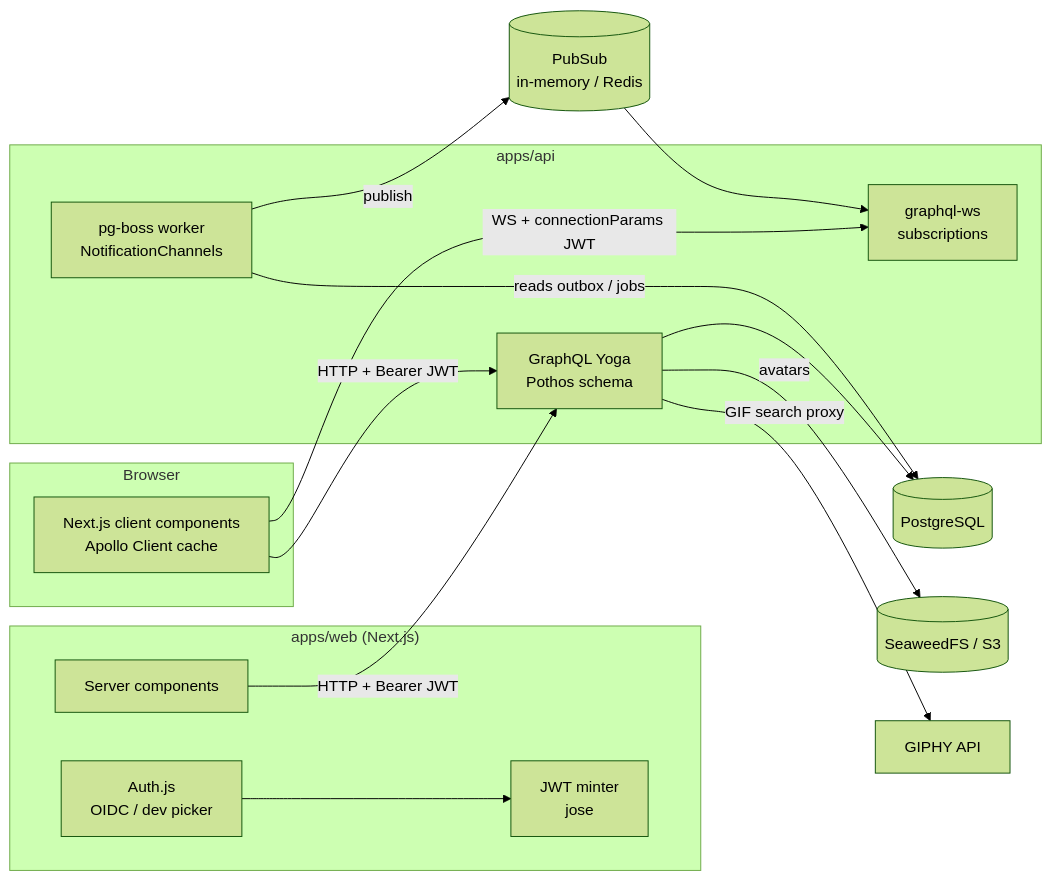
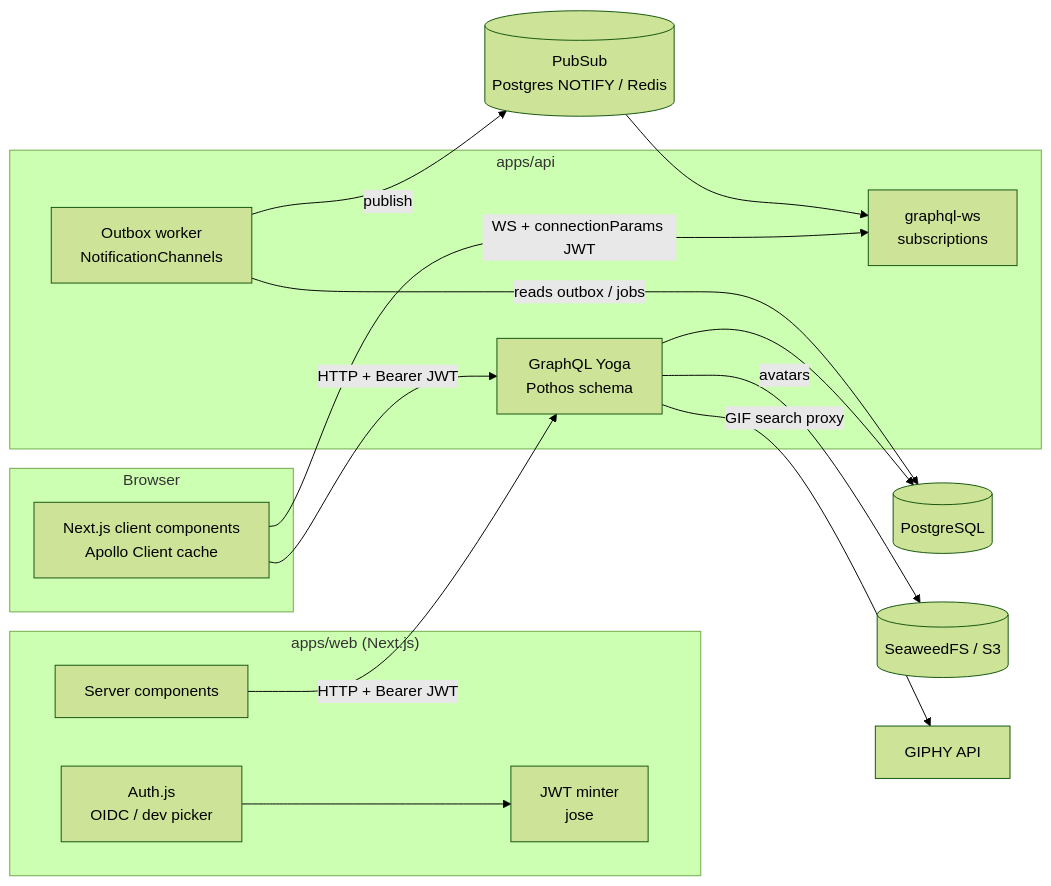
Before and after one commit to theebenji/kudos: the first of 3 diagrams in docs/architecture.md, drawn with Mermaid (forest theme). The commit also changed other lines of this file and 70 other files, not shown here.

````diff
--- a/docs/architecture.md
+++ b/docs/architecture.md
@@ -16,34 +16,34 @@
 ```mermaid
 flowchart LR
   subgraph Browser
     UI[Next.js client components<br/>Apollo Client cache]
   end
 
   subgraph web["apps/web (Next.js)"]
     RSC[Server components]
     AUTH[Auth.js<br/>OIDC / dev picker]
     MINT[JWT minter<br/>jose]
   end
 
   subgraph api["apps/api"]
     YOGA[GraphQL Yoga<br/>Pothos schema]
     WS[graphql-ws<br/>subscriptions]
-    WORKER[pg-boss worker<br/>NotificationChannels]
+    WORKER[Outbox worker<br/>NotificationChannels]
   end
 
   PG[(PostgreSQL)]
-  PUB[(PubSub<br/>in-memory / Redis)]
+  PUB[(PubSub<br/>Postgres NOTIFY / Redis)]
   S3[(SeaweedFS / S3)]
   GIPHY[GIPHY API]
 
   UI -- HTTP + Bearer JWT --> YOGA
   UI -- WS + connectionParams JWT --> WS
   RSC -- HTTP + Bearer JWT --> YOGA
   AUTH --> MINT
   YOGA --> PG
   YOGA -- GIF search proxy --> GIPHY
   YOGA -- avatars --> S3
   WORKER -- reads outbox / jobs --> PG
   WORKER -- publish --> PUB
   PUB --> WS
 ```
````
